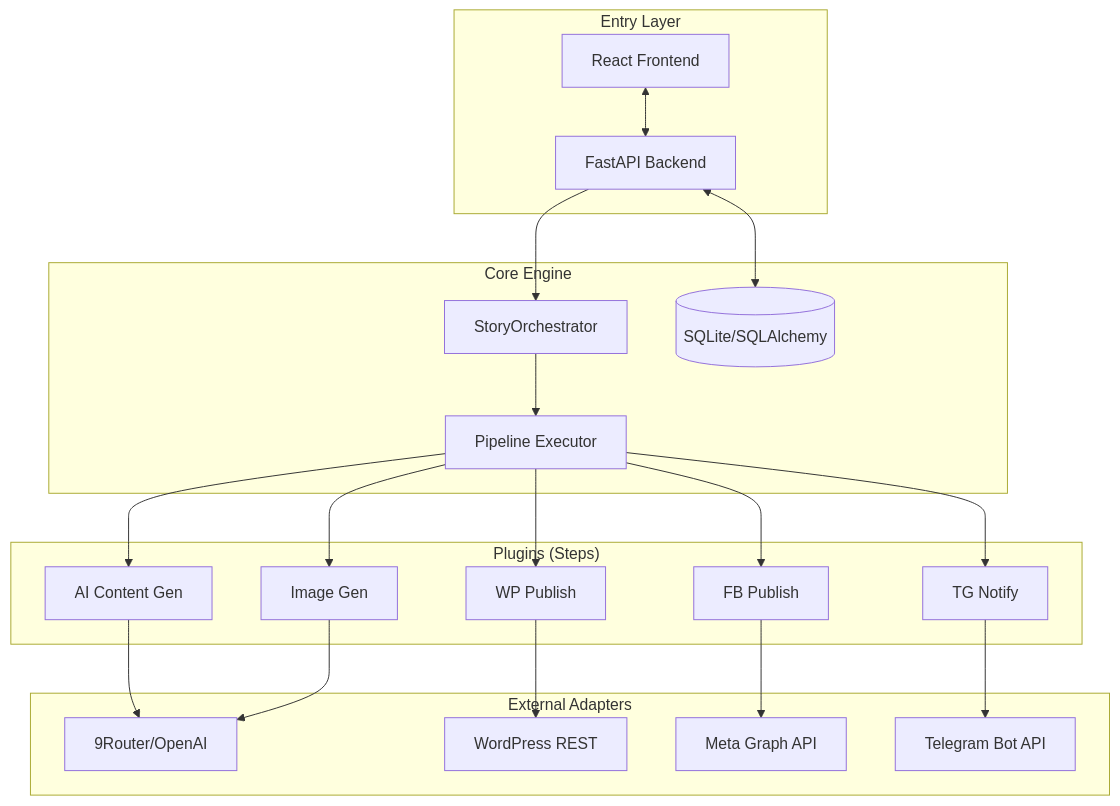
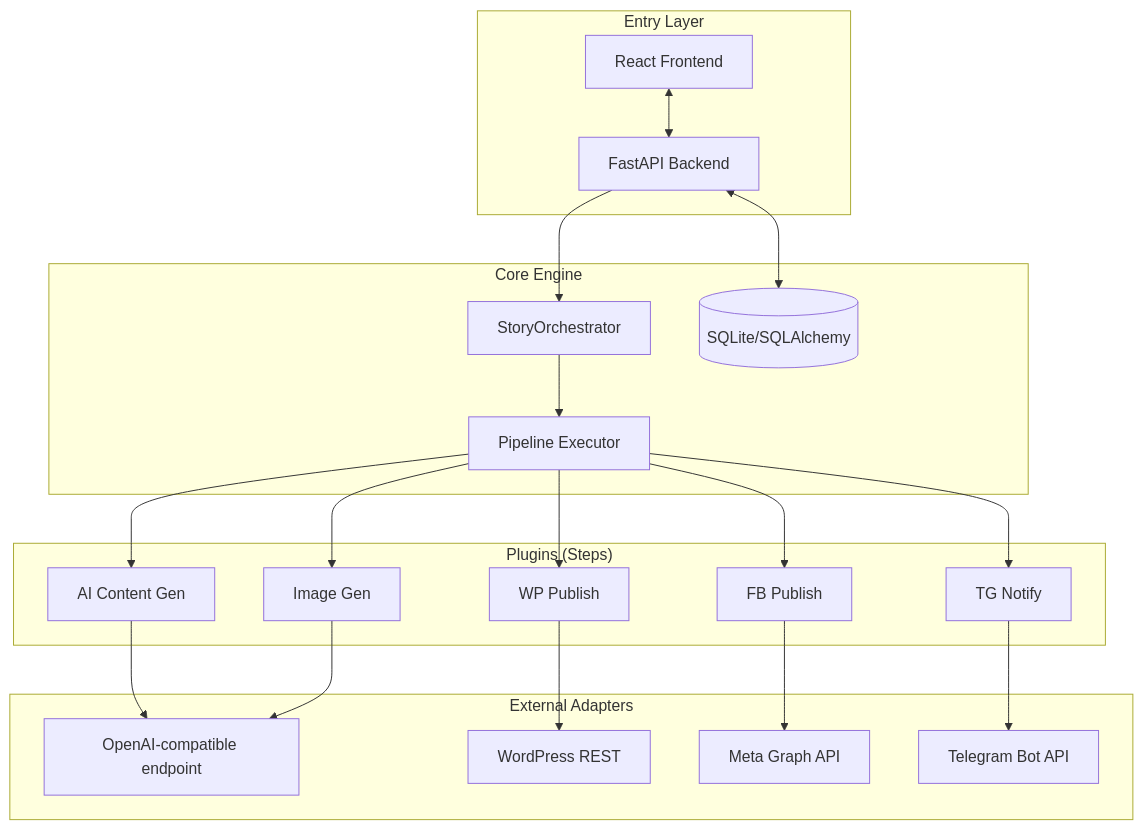
Before and after one commit to hadat112/Blog-autogen: the diagram in README.md, drawn with Mermaid. The commit also changed other lines of this file and 3 other files, not shown here.

````diff
--- a/README.md
+++ b/README.md
@@ -61,39 +68,39 @@
 ```mermaid
 graph TD
     subgraph "Entry Layer"
         WebUI[React Frontend]
         API[FastAPI Backend]
     end
 
     subgraph "Core Engine"
         ORC[StoryOrchestrator]
         DB[(SQLite/SQLAlchemy)]
         PL[Pipeline Executor]
     end
 
     subgraph "Plugins (Steps)"
         P1[AI Content Gen]
         P2[Image Gen]
         P3[WP Publish]
         P4[FB Publish]
         P5[TG Notify]
     end
 
     subgraph "External Adapters"
-        AI[9Router/OpenAI]
+        AI[OpenAI-compatible endpoint]
         WP[WordPress REST]
         FB[Meta Graph API]
         TG[Telegram Bot API]
     end
 
     WebUI <--> API
     API <--> DB
     API --> ORC
     ORC --> PL
     PL --> P1 & P2 & P3 & P4 & P5
 
     P1 & P2 --> AI
     P3 --> WP
     P4 --> FB
     P5 --> TG
 ```
````
